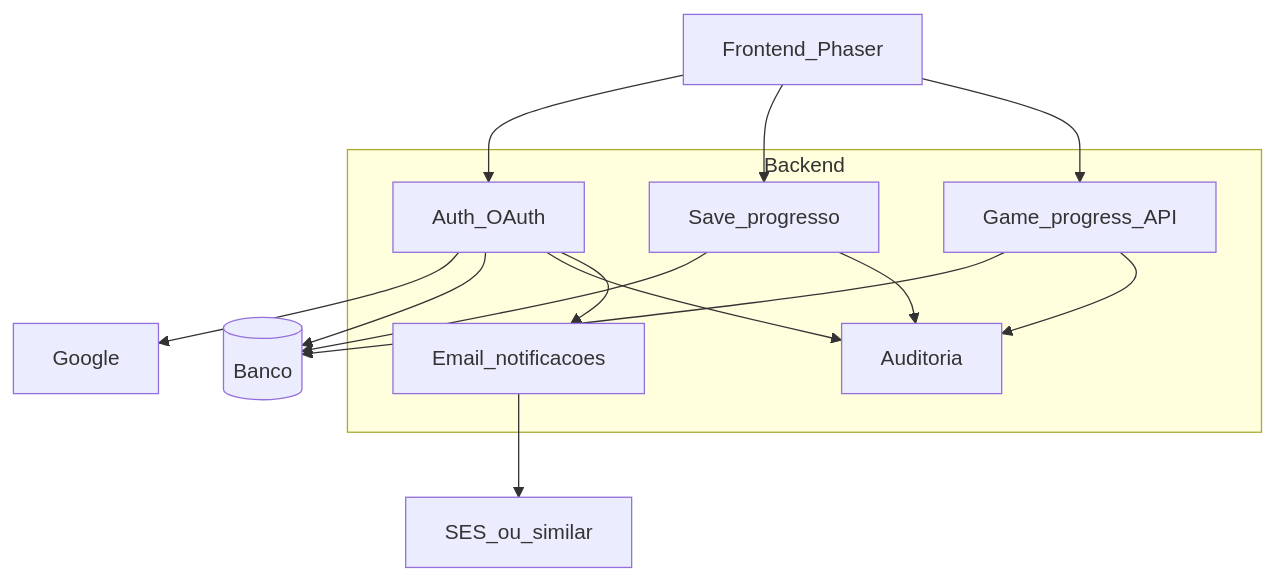
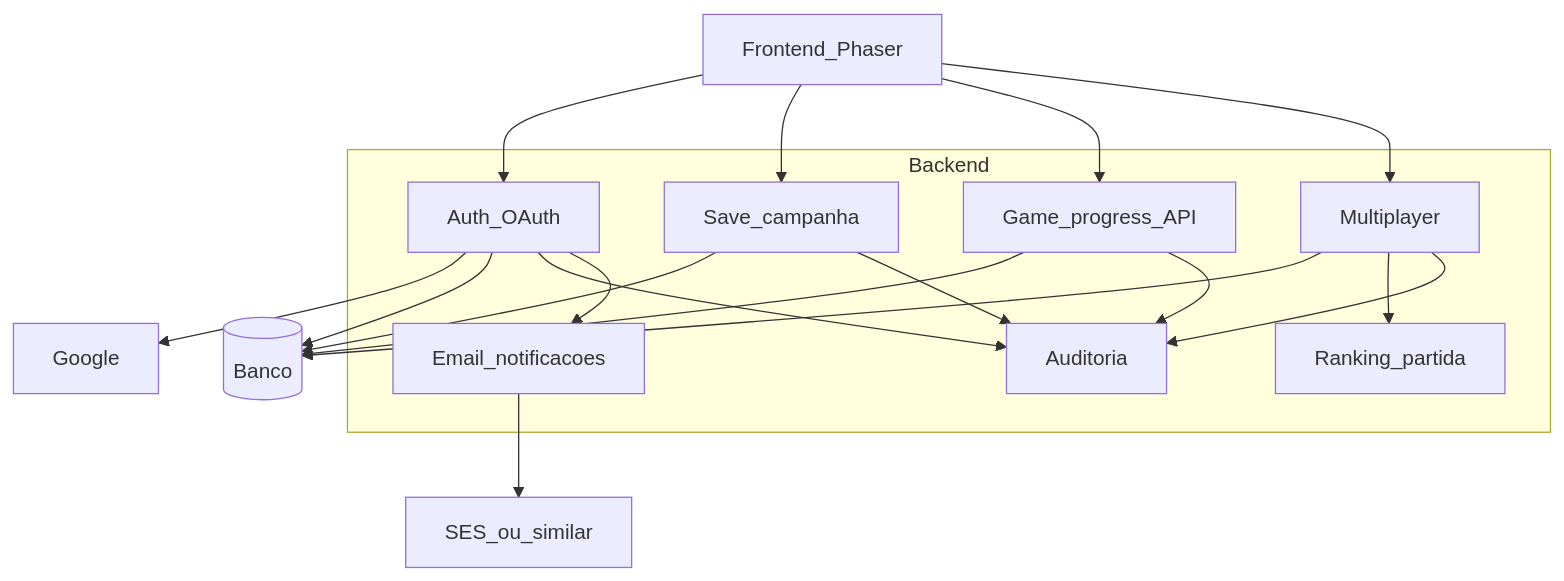
Before and after one commit to ViViJp/jogo-projeto-topicos-especiais: the second of 3 diagrams in isn/docs/sprint1/05-diagramas-de-blocos.md, drawn with Mermaid. The commit also changed other lines of this file and 8 other files, not shown here.

First line of the commit message:
docs(isn): implante obrigatório e multiplayer nos diagramas

````diff
--- a/isn/docs/sprint1/05-diagramas-de-blocos.md
+++ b/isn/docs/sprint1/05-diagramas-de-blocos.md
@@ -40,29 +40,35 @@
 ```mermaid
 flowchart TB
   fe[Frontend_Phaser]
 
   subgraph backend [Backend]
     auth[Auth_OAuth]
-    save[Save_progresso]
+    save[Save_campanha]
     game[Game_progress_API]
     notify[Email_notificacoes]
     audit[Auditoria]
+    multi[Multiplayer]
+    rank[Ranking_partida]
   end
 
   db[(Banco)]
   google[Google]
   mailer[SES_ou_similar]
 
   fe --> auth
   fe --> save
   fe --> game
+  fe --> multi
   auth --> google
   auth --> db
   save --> db
   game --> db
+  multi --> db
+  multi --> rank
   save --> audit
   auth --> audit
   game --> audit
+  multi --> audit
   notify --> mailer
   auth --> notify
 ```
````
